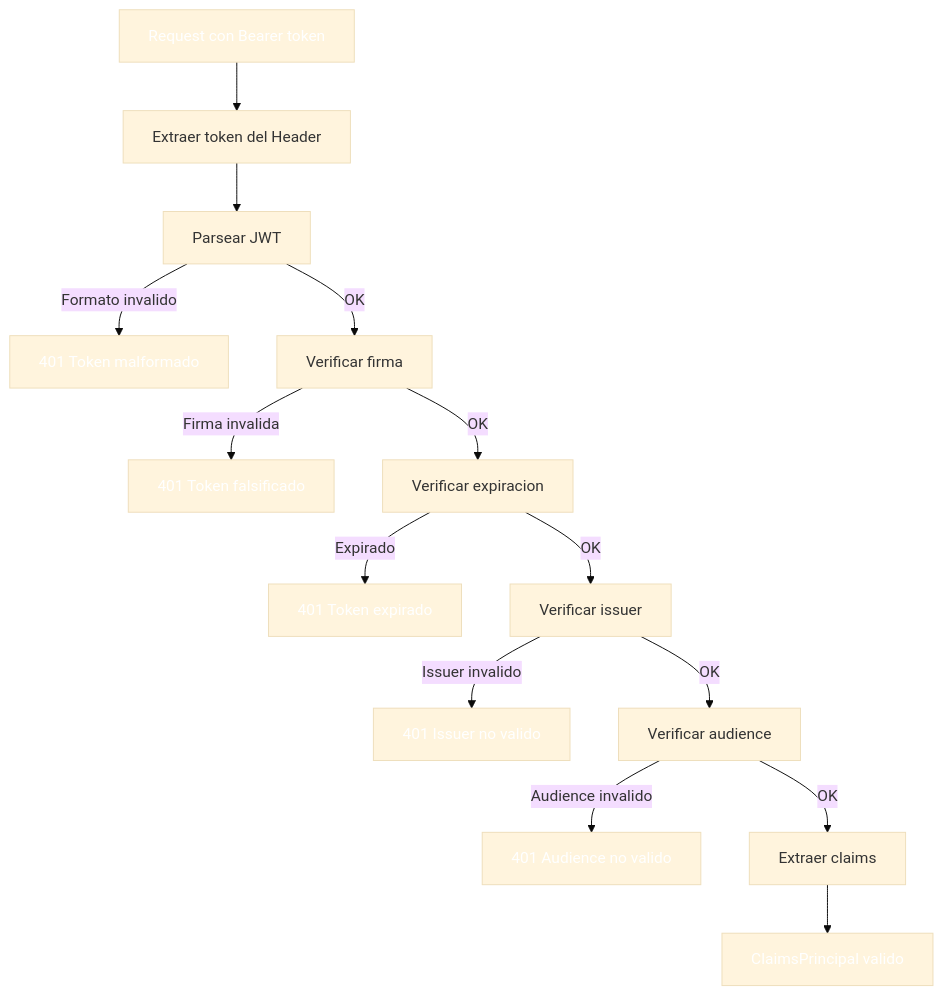
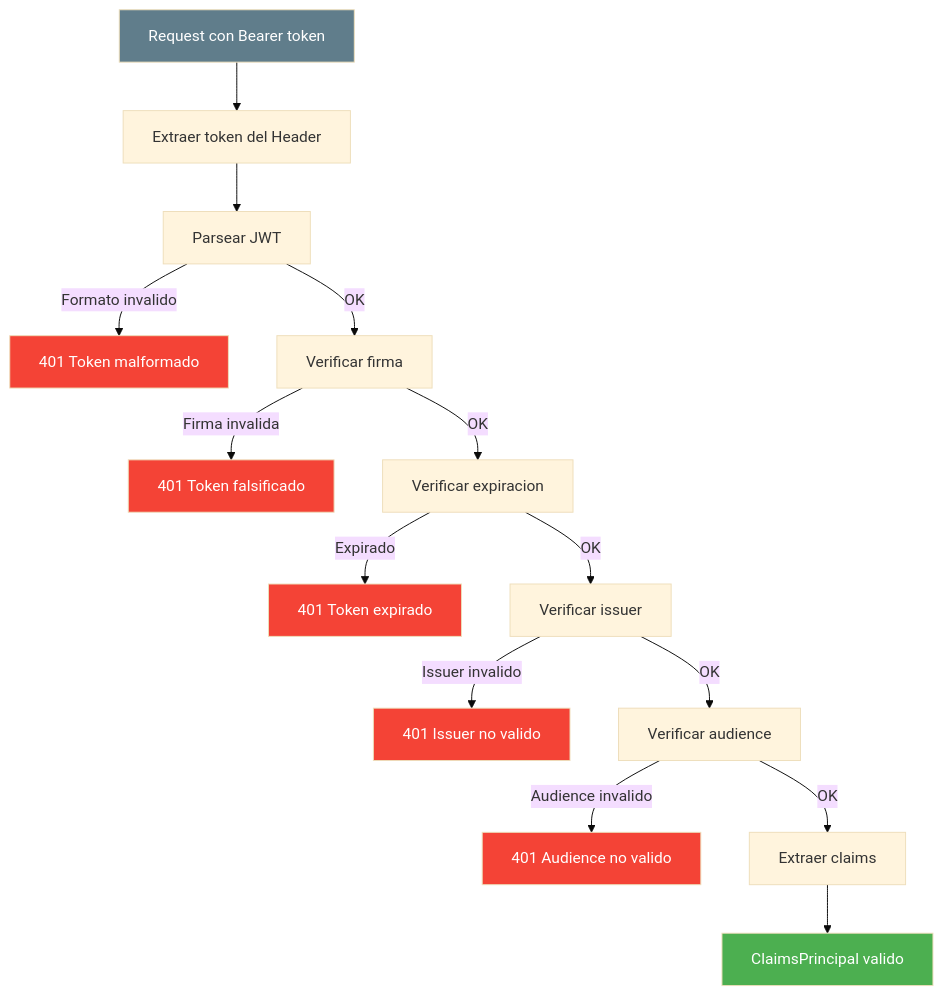
One commit to joseluisgs/DesarrolloWebEntornosServidor-02-2026-2027 changed the eighth of 15 diagrams in 16-autenticacion.md. Above: the diagram before and after it, drawn with Mermaid (base theme). The commit also changed other lines of this file and 29 other files, not shown here.

Commit message:
docs: corregir estilos Mermaid y estilo, quitar referencias a la Tienda y reestructurar los retos 13 y 15

````diff
--- a/16-autenticacion.md
+++ b/16-autenticacion.md
@@ -335,24 +335,24 @@
 ```mermaid
 flowchart TD
     A[Request con Bearer token] --> B[Extraer token del Header]
     B --> C[Parsear JWT]
     C -->|Formato invalido| D[401 Token malformado]
     C -->|OK| E[Verificar firma]
     E -->|Firma invalida| F[401 Token falsificado]
     E -->|OK| G[Verificar expiracion]
     G -->|Expirado| H[401 Token expirado]
     G -->|OK| I[Verificar issuer]
     I -->|Issuer invalido| J[401 Issuer no valido]
     I -->|OK| K[Verificar audience]
     K -->|Audience invalido| L[401 Audience no valido]
     K -->|OK| M[Extraer claims]
     M --> N[ClaimsPrincipal valido]
 
-    style A fill:#607D8,color:#fffB,color:#fff
-    style D fill:#f4433,color:#fff6,color:#fff
-    style F fill:#f4433,color:#fff6,color:#fff
-    style H fill:#f4433,color:#fff6,color:#fff
-    style J fill:#f4433,color:#fff6,color:#fff
-    style L fill:#f4433,color:#fff6,color:#fff
-    style N fill:#4CAF5,color:#fff0,color:#fff
+    style A fill:#607D8B,color:#fff
+    style D fill:#f44336,color:#fff
+    style F fill:#f44336,color:#fff
+    style H fill:#f44336,color:#fff
+    style J fill:#f44336,color:#fff
+    style L fill:#f44336,color:#fff
+    style N fill:#4CAF50,color:#fff
 ```
````
